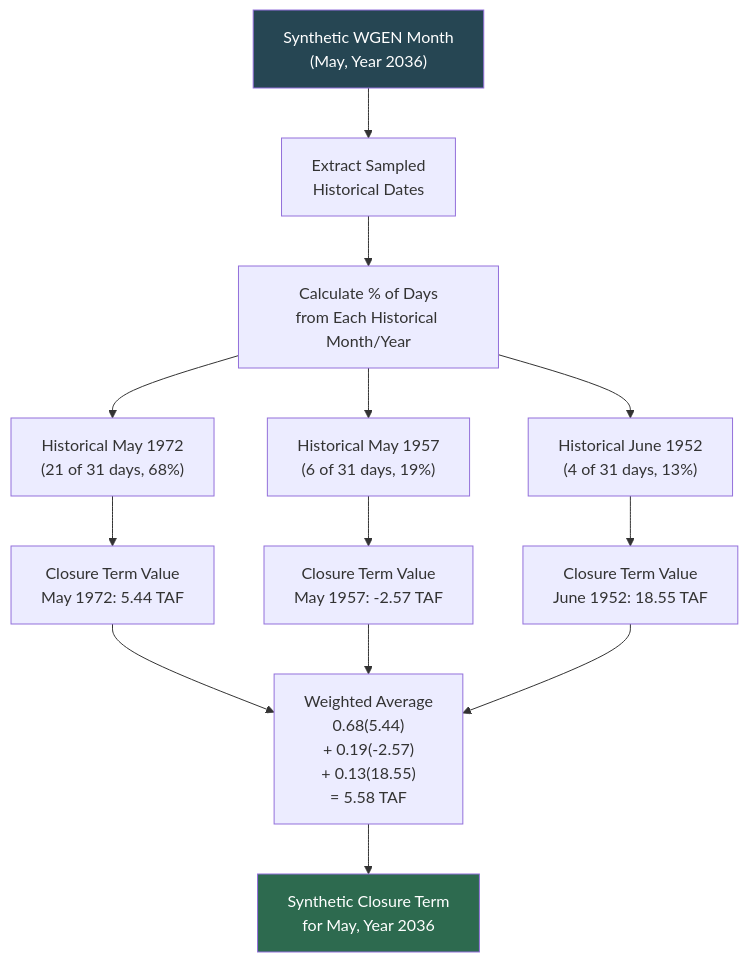
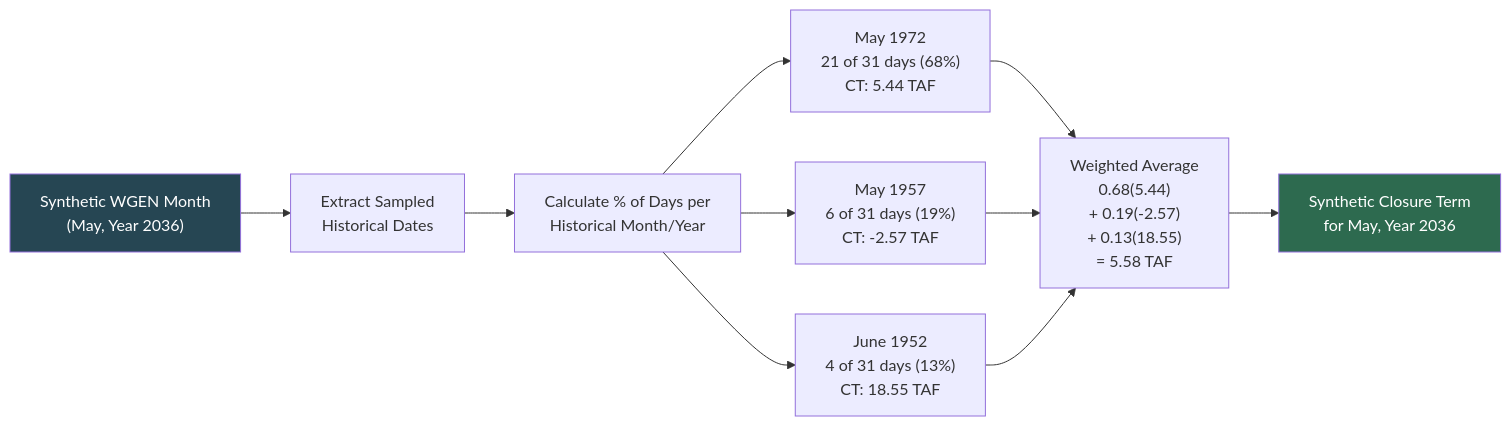
The diagram in docs/source/input-generation/mod-other-closure-terms.md (CentralValleyModeling/calsim3-stochastic-input-generation), drawn with Mermaid before and after one commit. The commit also changed other lines of this file and 3 other files, not shown here.

Commit message:
revise closure terms doc and fix figure labels

````diff
--- a/docs/source/input-generation/mod-other-closure-terms.md
+++ b/docs/source/input-generation/mod-other-closure-terms.md
@@ -53,22 +73,18 @@
 ```{mermaid}
-flowchart TD
+flowchart LR
     WGEN_MONTH["Synthetic WGEN Month<br/>(May, Year 2036)"] --> DATES["Extract Sampled<br/>Historical Dates"]
-    DATES --> PCT["Calculate % of Days<br/>from Each Historical Month/Year"]
+    DATES --> PCT["Calculate % of Days per<br/>Historical Month/Year"]
 
-    PCT --> H1["Historical May 1972<br/>(21 of 31 days, 68%)"]
-    PCT --> H2["Historical May 1957<br/>(6 of 31 days, 19%)"]
-    PCT --> H3["Historical June 1952<br/>(4 of 31 days, 13%)"]
+    PCT --> H1["May 1972<br/>21 of 31 days (68%)<br/>CT: 5.44 TAF"]
+    PCT --> H2["May 1957<br/>6 of 31 days (19%)<br/>CT: -2.57 TAF"]
+    PCT --> H3["June 1952<br/>4 of 31 days (13%)<br/>CT: 18.55 TAF"]
 
-    H1 --> CT1["Closure Term Value<br/>May 1972: 5.44 TAF"]
-    H2 --> CT2["Closure Term Value<br/>May 1957: -2.57 TAF"]
-    H3 --> CT3["Closure Term Value<br/>June 1952: 18.55 TAF"]
-
-    CT1 --> WAVG["Weighted Average<br/>0.68(5.44)<br/>+ 0.19(-2.57)<br/>+ 0.13(18.55)<br/>= 5.58 TAF"]
-    CT2 --> WAVG
-    CT3 --> WAVG
+    H1 --> WAVG["Weighted Average<br/>0.68(5.44)<br/>+ 0.19(-2.57)<br/>+ 0.13(18.55)<br/>= 5.58 TAF"]
+    H2 --> WAVG
+    H3 --> WAVG
 
     WAVG --> OUTPUT["Synthetic Closure Term<br/>for May, Year 2036"]
 
     style WGEN_MONTH fill:#264653,color:#fff
     style OUTPUT fill:#2d6a4f,color:#fff
 ```
````
